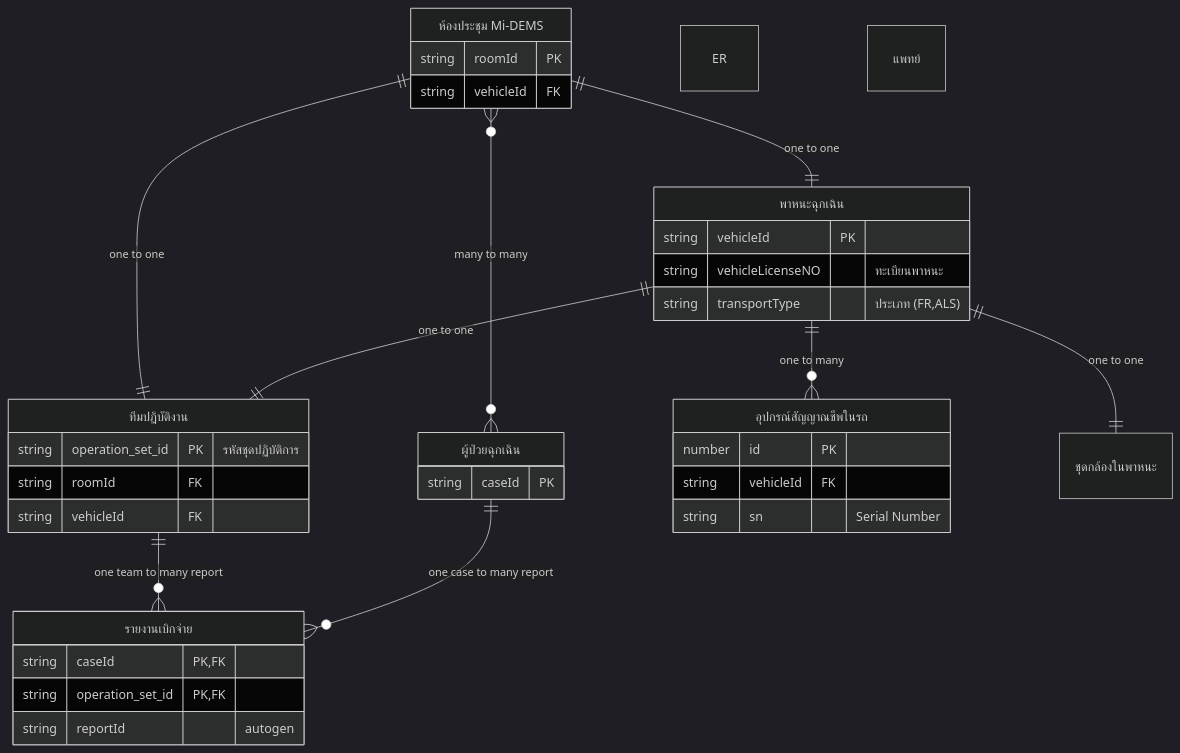
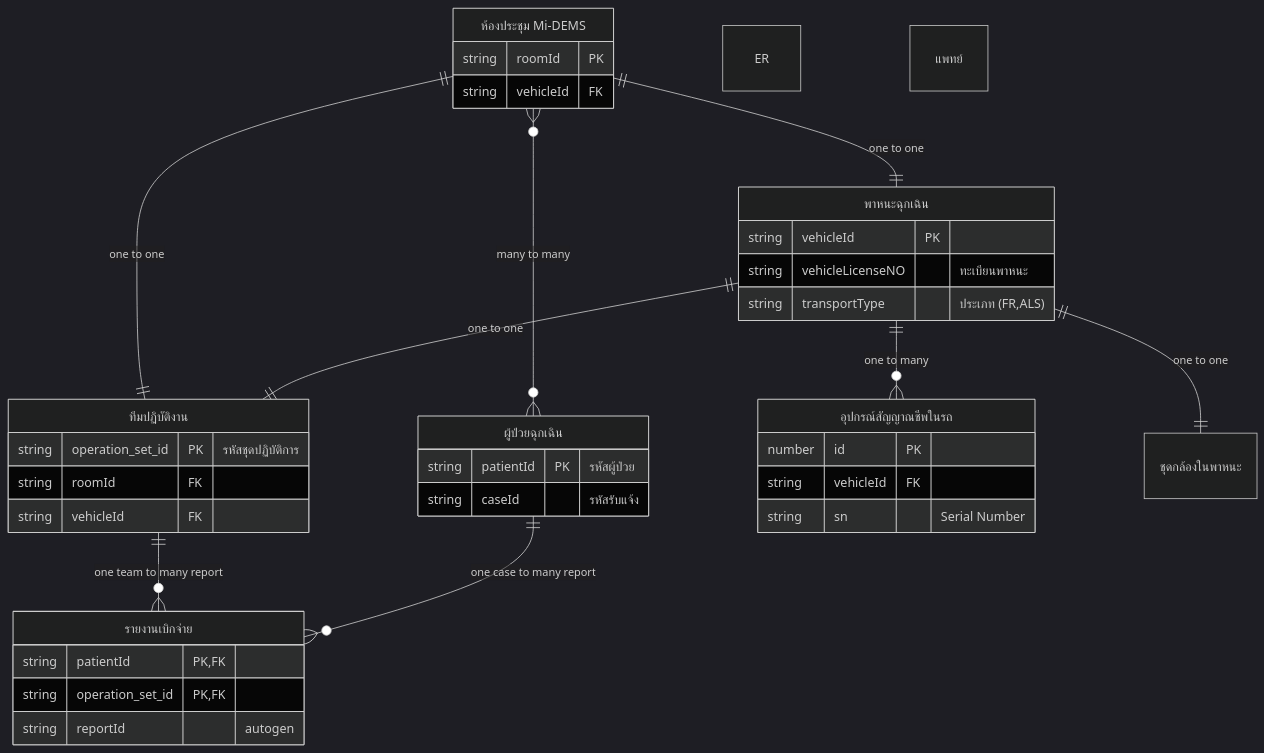
One commit to lionants02/Mi-DEMS changed the first of 3 diagrams in README.md. Above: the diagram before and after it, drawn with Mermaid (dark theme). The commit also changed other lines of this file and 1 other file, not shown here.

````diff
--- a/README.md
+++ b/README.md
@@ -13,48 +13,49 @@
 ```mermaid
 erDiagram
     ConferenceRoom["ห้องประชุม Mi-DEMS"]{
         string roomId PK
         string vehicleId FK
     }
     Vehicle["พาหนะฉุกเฉิน"]{
         string vehicleId PK
         string vehicleLicenseNO "ทะเบียนพาหนะ"
         string transportType "ประเภท (FR,ALS)"
     }
 
     Patient["ผู้ป่วยฉุกเฉิน"]{
-        string caseId PK
+        string patientId PK "รหัสผู้ป่วย"
+        string caseId "รหัสรับแจ้ง"
     }
 
     Team["ทีมปฏิบัติงาน"]{
         string operation_set_id PK "รหัสชุดปฏิบัติการ"
         string roomId FK
         string vehicleId FK
     }
     VitalSign["อุปกรณ์สัญญาณชีพในรถ"]{
         number id PK
         string vehicleId FK
         string sn "Serial Number"
     }
     IPCam["ชุดกล้องในพาหนะ"]
     Report["รายงานเบิกจ่าย"]{
-        string caseId PK,FK
+        string patientId PK,FK
         string operation_set_id PK,FK
         string reportId "autogen"
     }
     ER
     Doctor["แพทย์"]
 
     ConferenceRoom only one to one Vehicle :"one to one"
     ConferenceRoom many to many Patient: "many to many"
     ConferenceRoom only one to one Team: "one to one"
 
     Vehicle one to many VitalSign:"one to many"
     Vehicle one to one IPCam:"one to one"
     Vehicle one to one Team:"one to one"
 
     Team one to many Report: "one team to many report"
     Patient one to many Report: "one case to many report"
 
 
 ```
````
